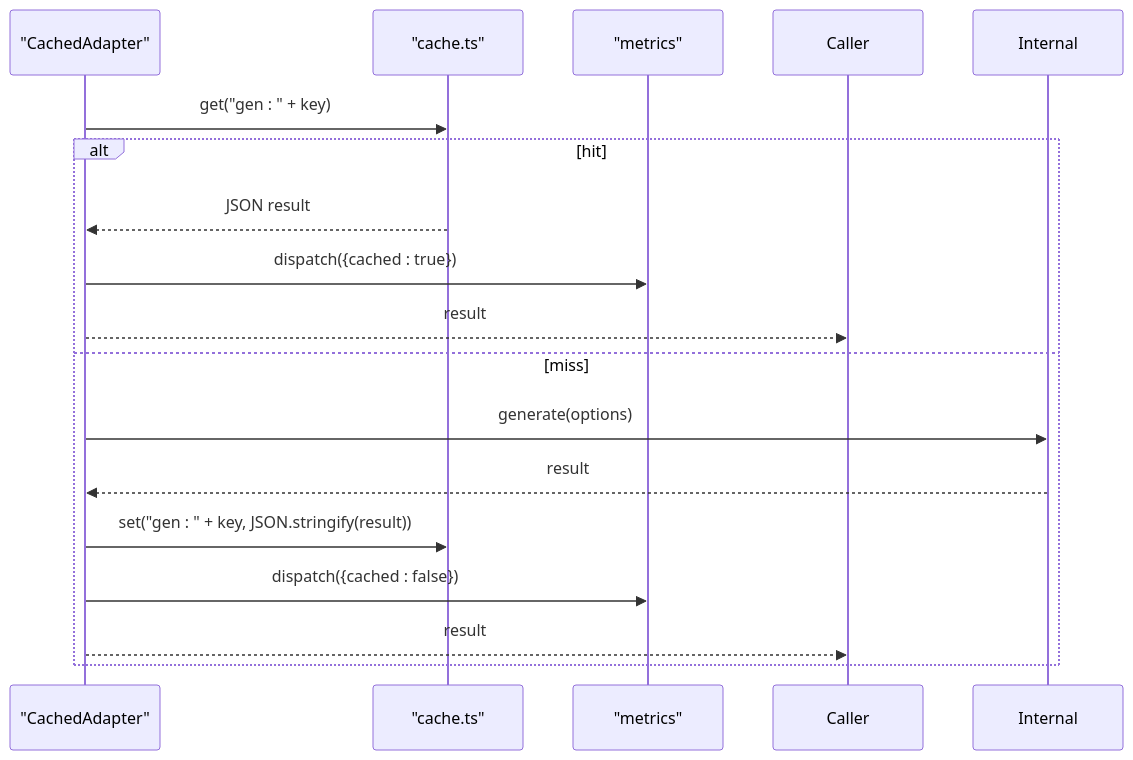
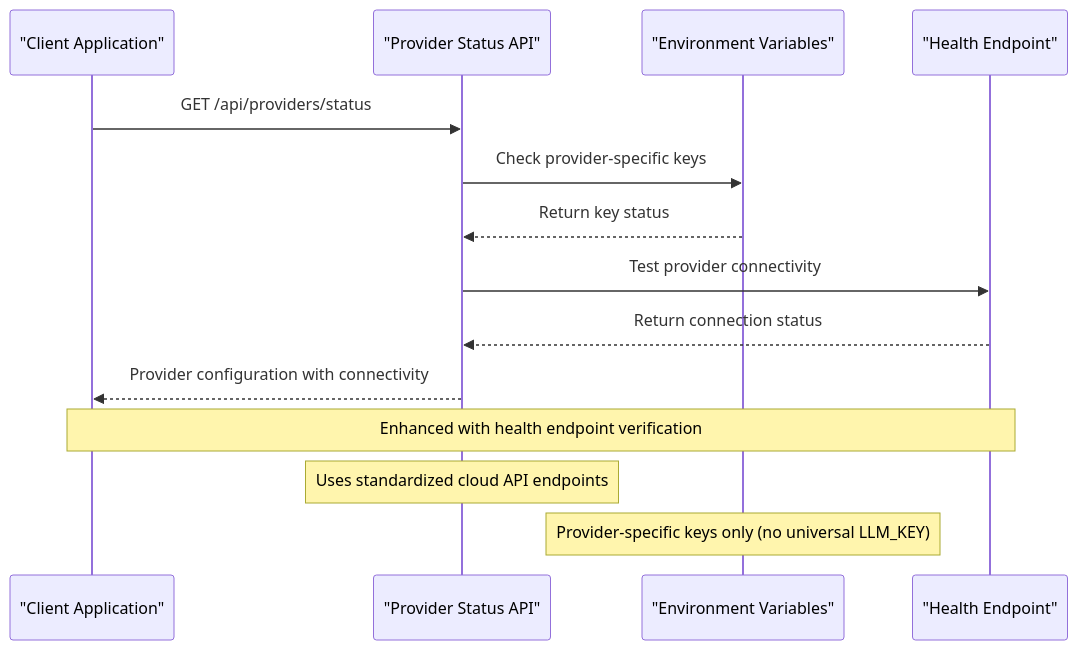
The second of 2 diagrams in .qoder/repowiki/en/content/AI Generation Engine/Model Configuration & Selection/Model Configuration & Selection.md (shekhargiri005-dotcom/AI-powered-accessibility-first-UI-engine), drawn with Mermaid before and after one commit. The commit also changed other lines of this file and 24 other files, not shown here.

````diff
--- a/.qoder/repowiki/en/content/AI Generation Engine/Model Configuration & Selection/Model Configuration & Selection.md
+++ b/.qoder/repowiki/en/content/AI Generation Engine/Model Configuration & Selection/Model Configuration & Selection.md
@@ -549,18 +119,16 @@
 ```mermaid
 sequenceDiagram
-participant AD as "CachedAdapter"
-participant CK as "cache.ts"
-participant MET as "metrics"
-AD->>CK : get("gen : " + key)
-alt hit
-CK-->>AD : JSON result
-AD->>MET : dispatch({cached : true})
-AD-->>Caller : result
-else miss
-AD->>Internal : generate(options)
-Internal-->>AD : result
-AD->>CK : set("gen : " + key, JSON.stringify(result))
-AD->>MET : dispatch({cached : false})
-AD-->>Caller : result
-end
+participant Client as "Client Application"
+participant API as "Provider Status API"
+participant Env as "Environment Variables"
+participant Health as "Health Endpoint"
+Client->>API : GET /api/providers/status
+API->>Env : Check provider-specific keys
+Env-->>API : Return key status
+API->>Health : Test provider connectivity
+Health-->>API : Return connection status
+API-->>Client : Provider configuration with connectivity
+Note over Client,Health : Enhanced with health endpoint verification
+Note over API : Uses standardized cloud API endpoints
+Note over Env : Provider-specific keys only (no universal LLM_KEY)
 ```
````
